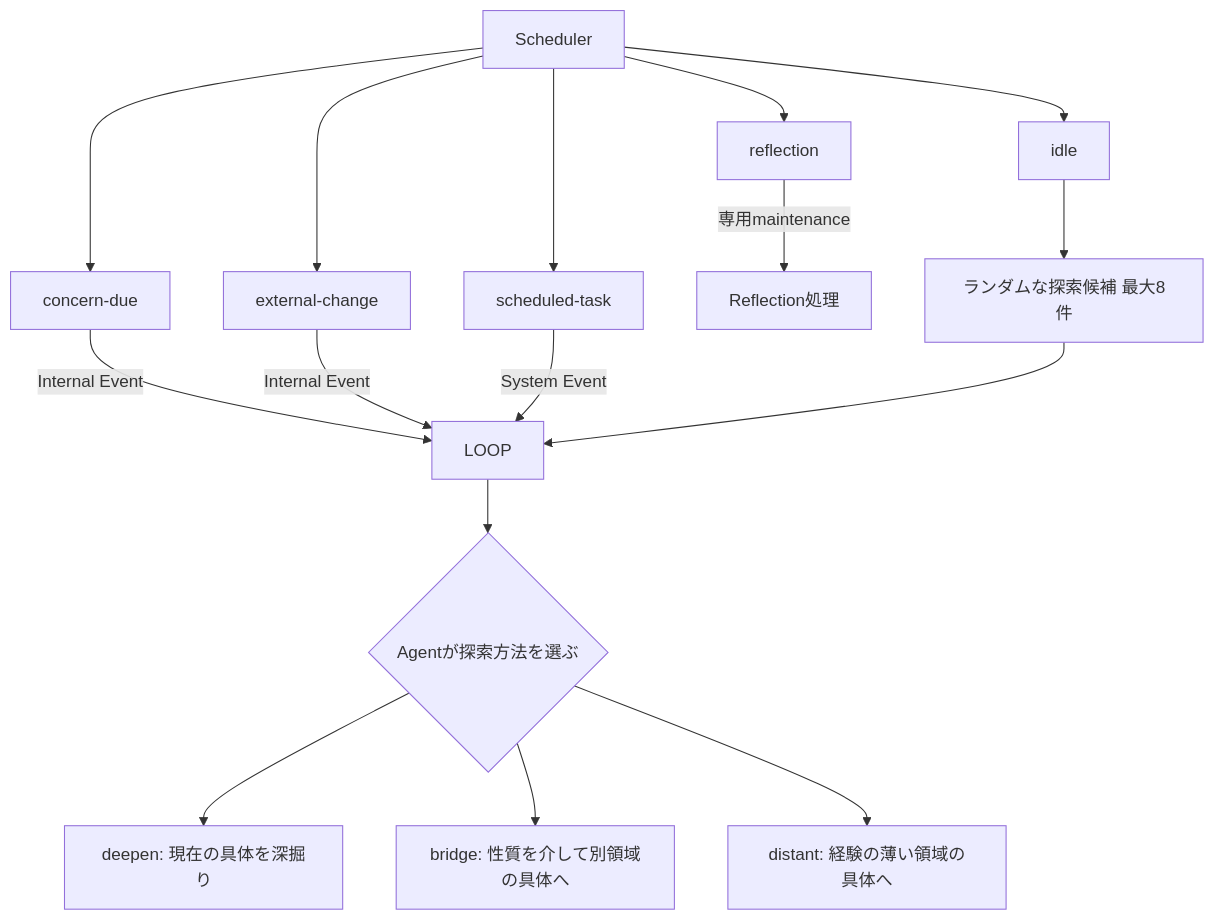
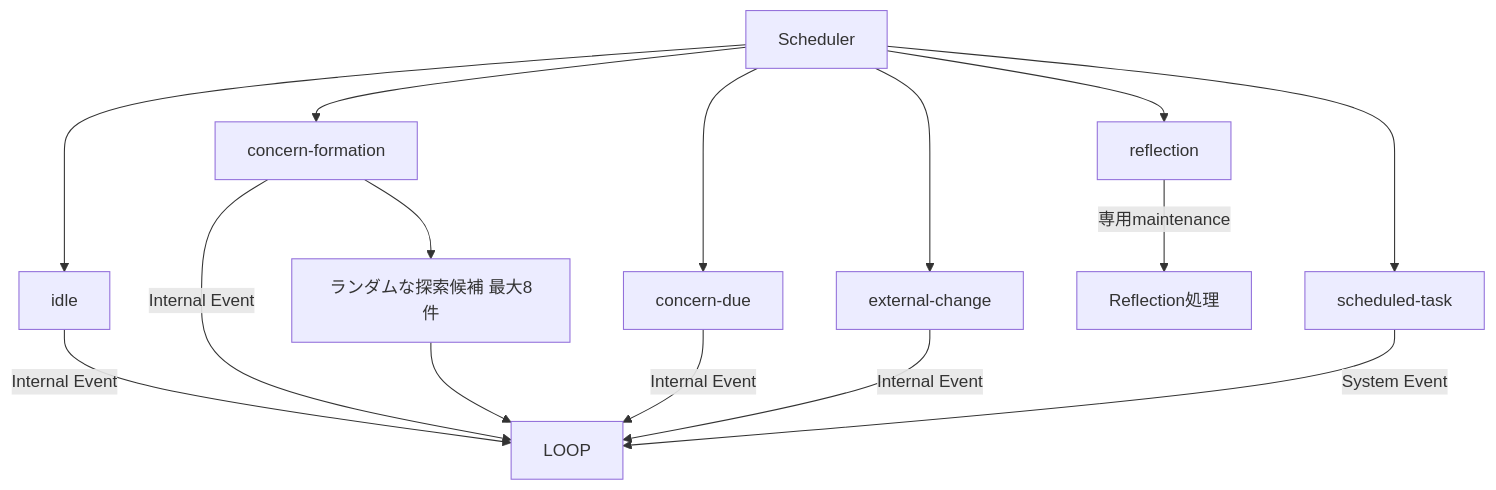
Before and after one commit to if001/social_agent: the fifth of 7 diagrams in docs/AGENT_MOTIVATION_MODEL.md, drawn with Mermaid. The commit also changed other lines of this file, not shown here.

Commit message:
docs: align motivation model concern routes

````diff
--- a/docs/AGENT_MOTIVATION_MODEL.md
+++ b/docs/AGENT_MOTIVATION_MODEL.md
@@ -258,20 +258,19 @@
 ```mermaid
 flowchart TD
     SCH[Scheduler] --> I[idle]
+    SCH --> CF[concern-formation]
     SCH --> CD[concern-due]
     SCH --> EC[external-change]
     SCH --> RF[reflection]
     SCH --> TASK[scheduled-task]
 
+    I -->|Internal Event| LOOP
+    CF -->|Internal Event| LOOP
     CD -->|Internal Event| LOOP
     EC -->|Internal Event| LOOP
     TASK -->|System Event| LOOP
     RF -->|専用maintenance| REFLECTION[Reflection処理]
 
-    I --> CAND[ランダムな探索候補 最大8件]
+    CF --> CAND[ランダムな探索候補 最大8件]
     CAND --> LOOP
-    LOOP --> MODE{Agentが探索方法を選ぶ}
-    MODE --> DEEPEN[deepen: 現在の具体を深掘り]
-    MODE --> BRIDGE[bridge: 性質を介して別領域の具体へ]
-    MODE --> DISTANT[distant: 経験の薄い領域の具体へ]
 ```
````
